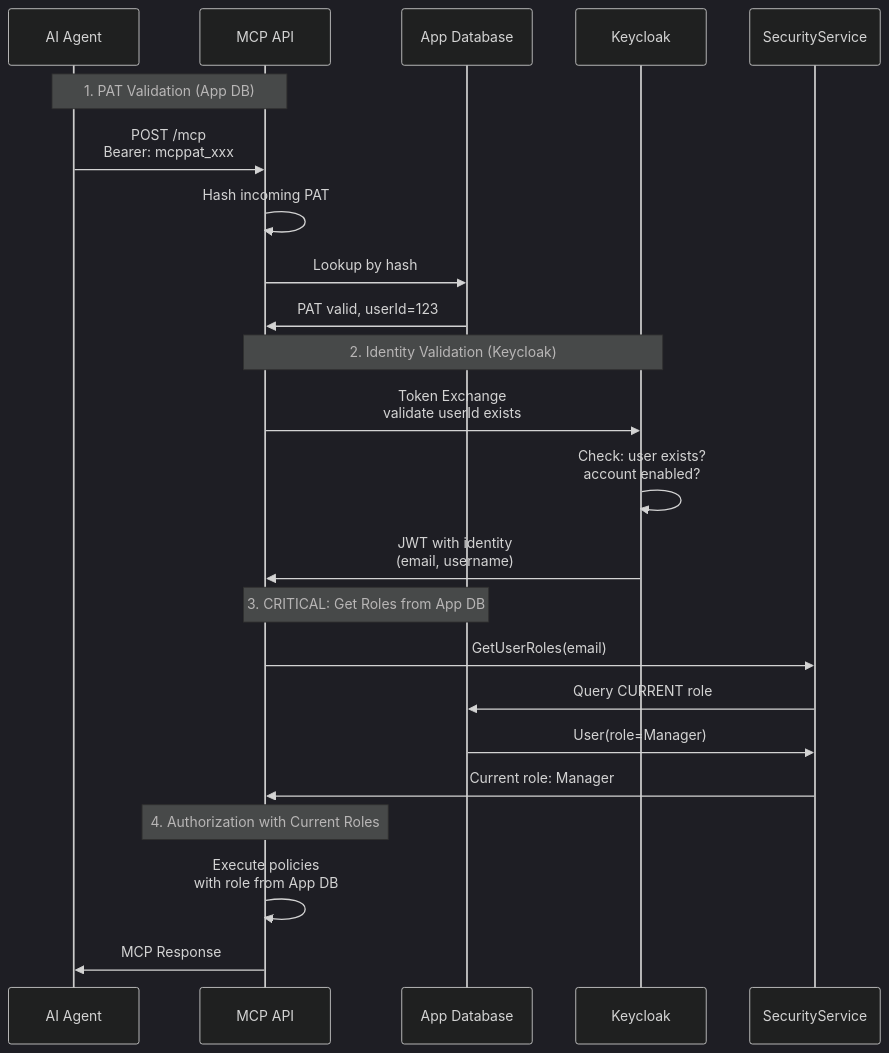
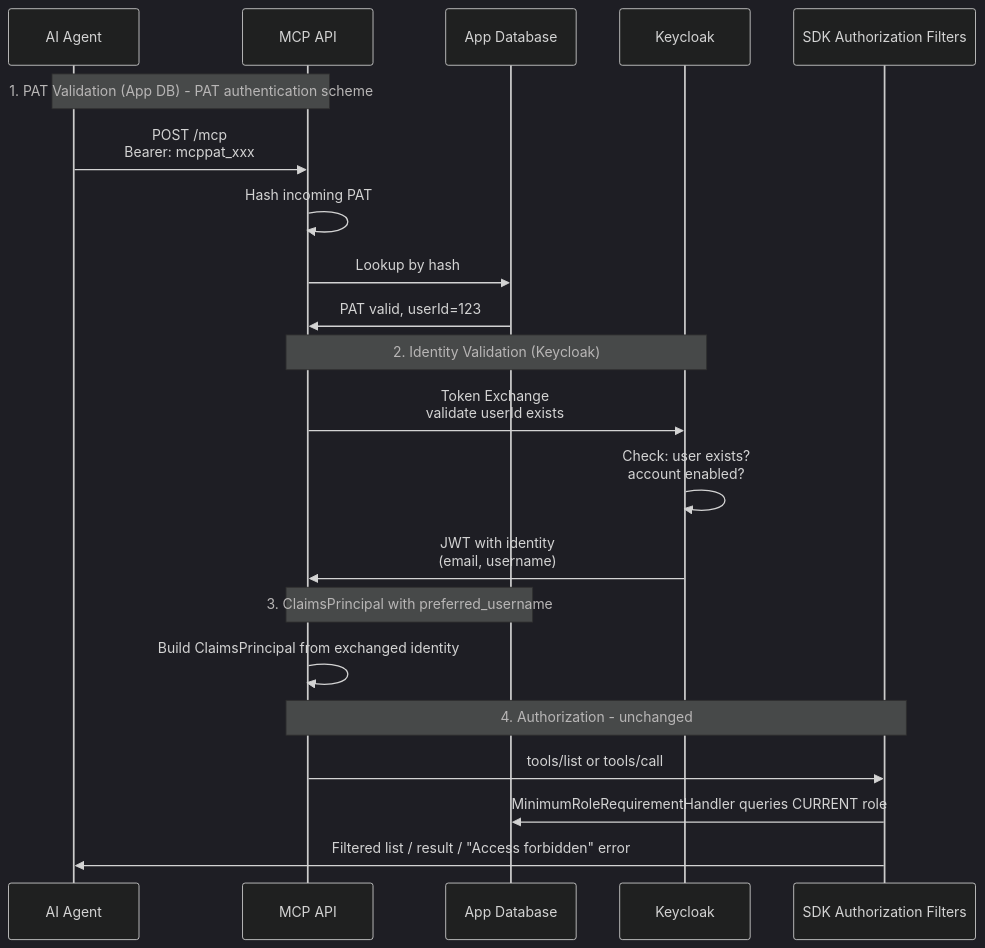
One commit to LadislavSopko/net-api-with-mcp changed the seventh of 10 diagrams in docs/MCP-COMPLETE-INTEGRATION-GUIDE.md. Above: the diagram before and after it, drawn with Mermaid (dark theme). The commit also changed other lines of this file and 4 other files, not shown here.

First line of the commit message:
docs: update guides for Zero.Mcp.Extensions 3.0.0 / MCP SDK 2.2.0

````diff
--- a/docs/MCP-COMPLETE-INTEGRATION-GUIDE.md
+++ b/docs/MCP-COMPLETE-INTEGRATION-GUIDE.md
@@ -1360,29 +1849,27 @@
 ```mermaid
 sequenceDiagram
     participant Agent as AI Agent
     participant API as MCP API
     participant AppDB as App Database
     participant KC as Keycloak
-    participant SecSvc as SecurityService
+    participant SDK as SDK Authorization Filters
 
-    Note over Agent,API: 1. PAT Validation (App DB)
+    Note over Agent,API: 1. PAT Validation (App DB) - PAT authentication scheme
     Agent->>API: POST /mcp<br/>Bearer: mcppat_xxx
     API->>API: Hash incoming PAT
     API->>AppDB: Lookup by hash
     AppDB->>API: PAT valid, userId=123
 
     Note over API,KC: 2. Identity Validation (Keycloak)
     API->>KC: Token Exchange<br/>validate userId exists
     KC->>KC: Check: user exists?<br/>account enabled?
     KC->>API: JWT with identity<br/>(email, username)
 
-    Note over API,AppDB: 3. CRITICAL: Get Roles from App DB
-    API->>SecSvc: GetUserRoles(email)
-    SecSvc->>AppDB: Query CURRENT role
-    AppDB->>SecSvc: User(role=Manager)
-    SecSvc->>API: Current role: Manager
+    Note over API,AppDB: 3. ClaimsPrincipal with preferred_username
+    API->>API: Build ClaimsPrincipal from exchanged identity
 
-    Note over API: 4. Authorization with Current Roles
-    API->>API: Execute policies<br/>with role from App DB
-    API->>Agent: MCP Response
+    Note over API,SDK: 4. Authorization - unchanged
+    API->>SDK: tools/list or tools/call
+    SDK->>AppDB: MinimumRoleRequirementHandler queries CURRENT role
+    SDK->>Agent: Filtered list / result / "Access forbidden" error
 ```
````
